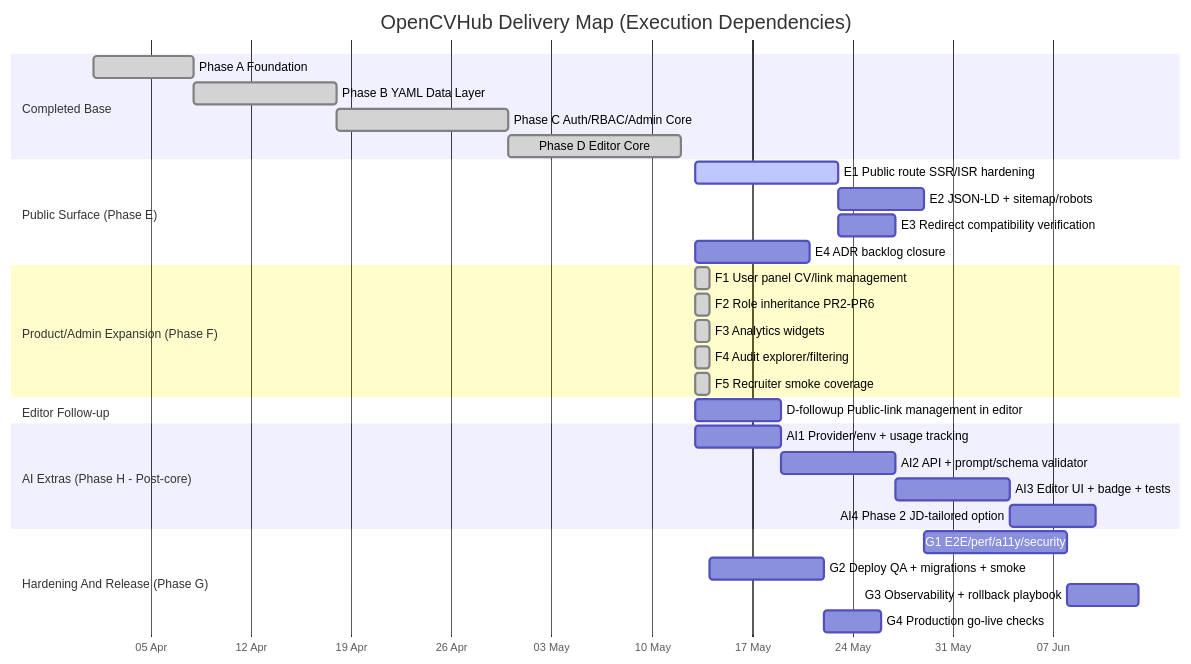
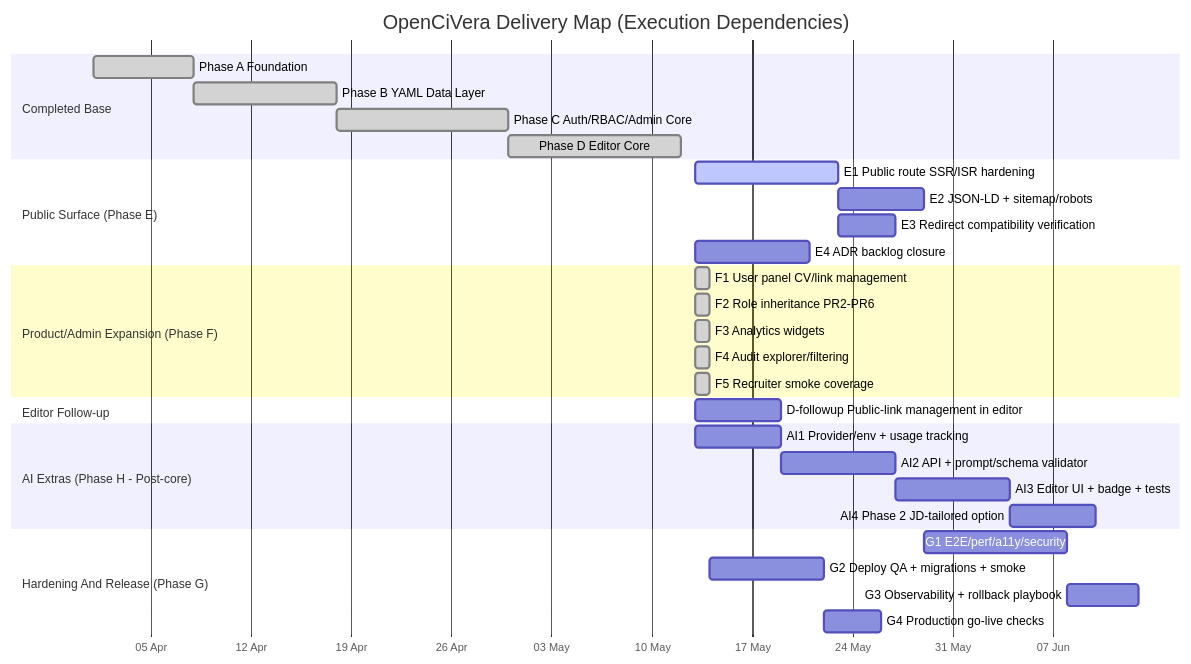
One commit to Sysdrummatic/resume-studio changed the diagram in docs/action-plan.md. Above: the diagram before and after it, drawn with Mermaid. The commit also changed 56 other files, not shown here.

First line of the commit message:
refactor: rename OpenCVHub to OpenCiVera across the codebase

````diff
--- a/docs/action-plan.md
+++ b/docs/action-plan.md
@@ -110,40 +110,40 @@
 ```mermaid
 gantt
-  title OpenCVHub Delivery Map (Execution Dependencies)
+  title OpenCiVera Delivery Map (Execution Dependencies)
   dateFormat  YYYY-MM-DD
   axisFormat  %d %b
 
   section Completed Base
   Phase A Foundation                       :done, a1, 2026-04-01, 7d
   Phase B YAML Data Layer                  :done, a2, after a1, 10d
   Phase C Auth/RBAC/Admin Core             :done, a3, after a2, 12d
   Phase D Editor Core                      :done, a4, after a3, 12d
 
   section Public Surface (Phase E)
   E1 Public route SSR/ISR hardening        :active, e1, 2026-05-13, 10d
   E2 JSON-LD + sitemap/robots              :e2, after e1, 6d
   E3 Redirect compatibility verification    :e3, after e1, 4d
   E4 ADR backlog closure                    :e4, 2026-05-13, 8d
 
   section Product/Admin Expansion (Phase F)
   F1 User panel CV/link management         :done, f1, 2026-05-13, 1d
   F2 Role inheritance PR2-PR6              :done, f2, 2026-05-13, 1d
   F3 Analytics widgets                      :done, f3, 2026-05-13, 1d
   F4 Audit explorer/filtering               :done, f4, 2026-05-13, 1d
   F5 Recruiter smoke coverage               :done, f5, 2026-05-13, 1d
 
   section Editor Follow-up
   D-followup Public-link management in editor :d1, 2026-05-13, 6d
 
   section AI Extras (Phase H - Post-core)
   AI1 Provider/env + usage tracking         :ai1, 2026-05-13, 6d
   AI2 API + prompt/schema validator         :ai2, after ai1, 8d
   AI3 Editor UI + badge + tests             :ai3, after ai2, 8d
   AI4 Phase 2 JD-tailored option            :ai4, after ai3, 6d
 
   section Hardening And Release (Phase G)
   G1 E2E/perf/a11y/security                 :g1, after e2, 10d
   G2 Deploy QA + migrations + smoke         :g2, after f4, 8d
   G3 Observability + rollback playbook      :g3, after g1, 5d
   G4 Production go-live checks              :g4, after g2, 4d
 ```
````
